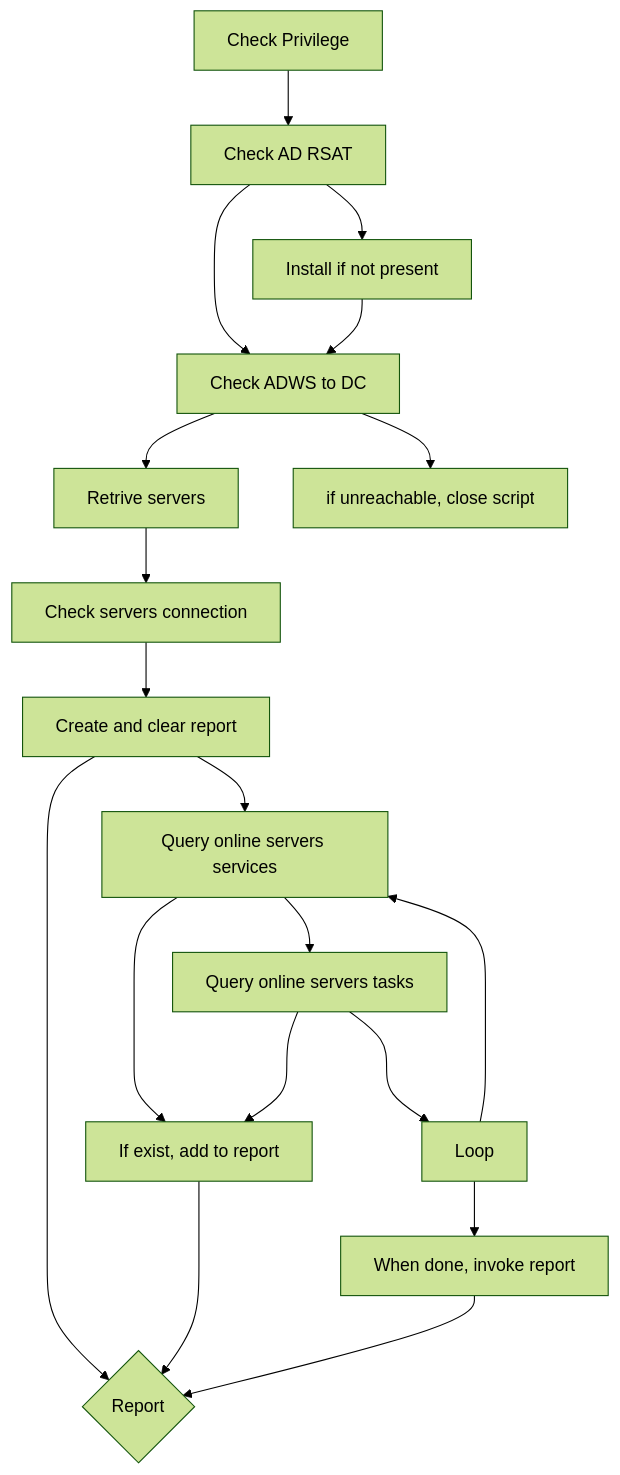
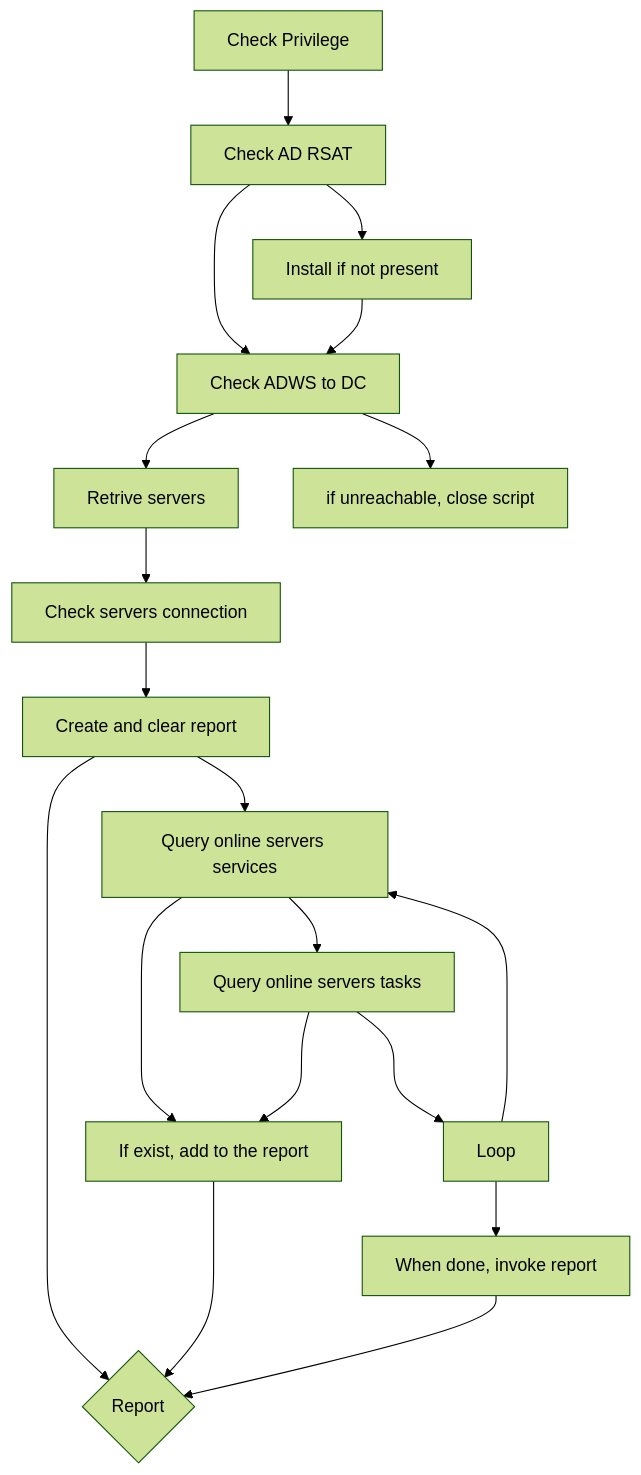
The diagram in README.md (a-fortin/SAF), drawn with Mermaid (forest theme) before and after one commit. The commit also changed 1 other file, not shown here.

````diff
--- a/README.md
+++ b/README.md
@@ -18,21 +18,21 @@
 ```mermaid
 graph TD
 A[Check Privilege] --> B[Check AD RSAT]
 B[Check AD RSAT] --> C[Install if not present]
 B --> D[Check ADWS to DC]
 C --> D
 D --> E[Retrive servers]
 D --> F[if unreachable, close script]
 E --> G[Check servers connection]
 I --> H[Query online servers services]
 G --> I[Create and clear report]
 I --> K{Report}
 H --> J[Query online servers tasks]
 J ---> N[Loop]
 N ---> H
-H ---> L[If exist, add to report]
+H ---> L[If exist, add to the report]
 J ---> L
 L --> K
 N --> O[When done, invoke report]
 O --> K
 ```
````
